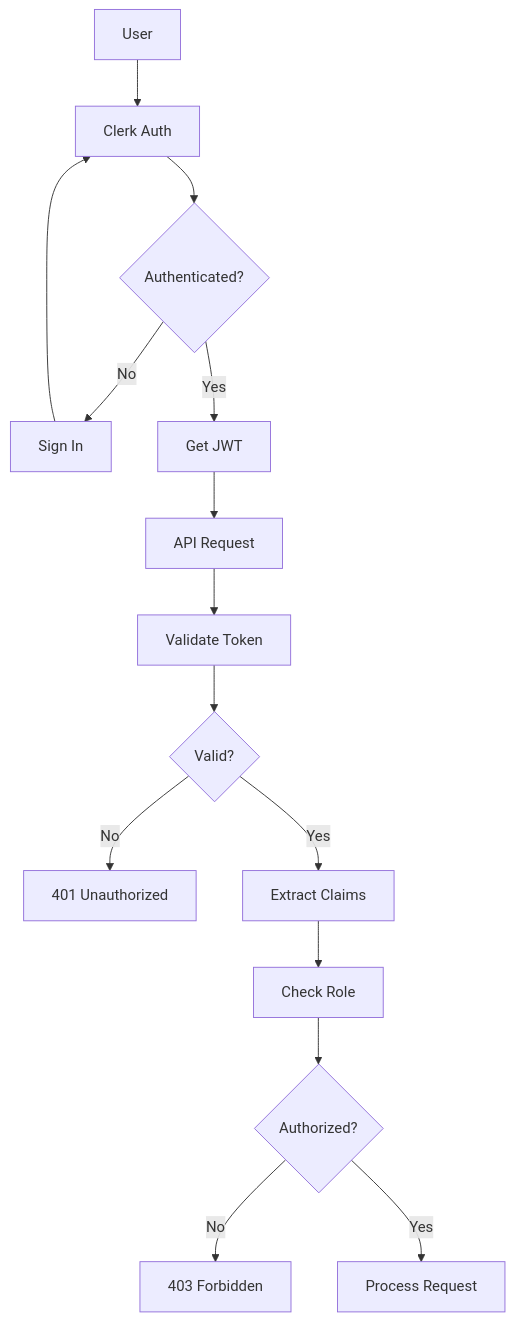
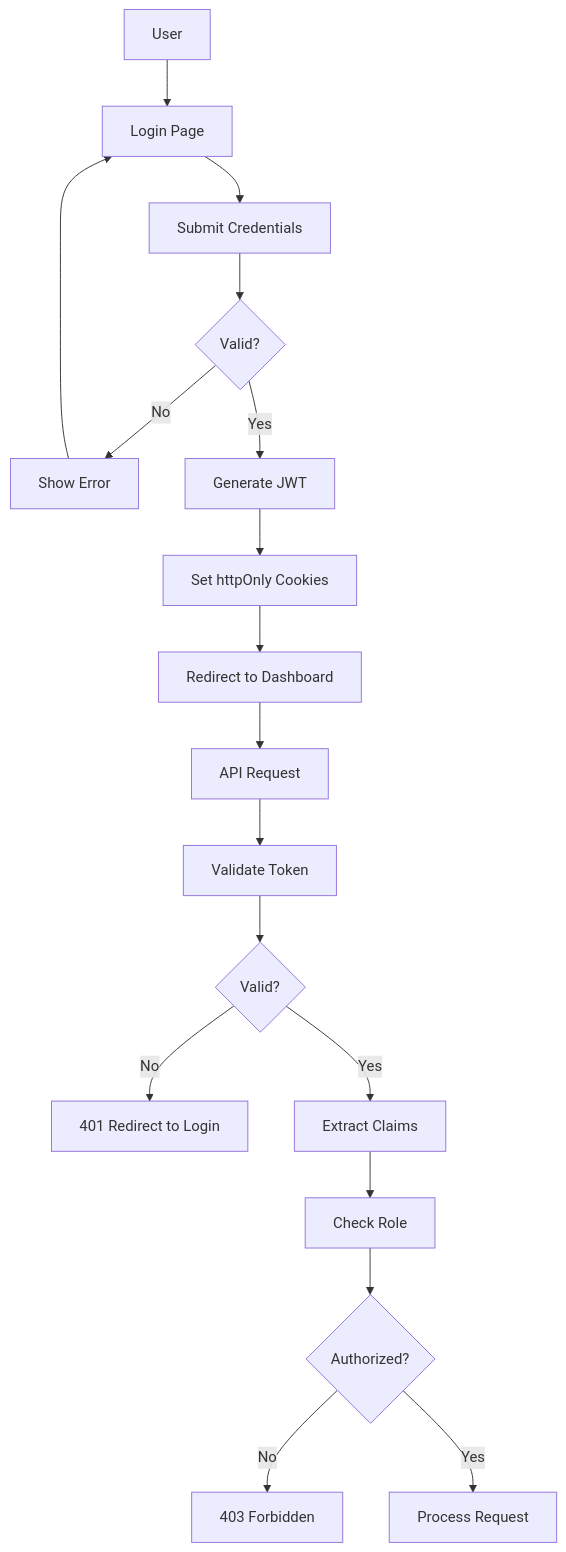
One commit to gsriramve/edunexus changed the sixth of 7 diagrams in docs/architecture/SYSTEM_ARCHITECTURE.md. Above: the diagram before and after it, drawn with Mermaid. The commit also changed other lines of this file and 1 other file, not shown here.

First line of the commit message:
docs: Update architecture and session docs for JWT migration

````diff
--- a/docs/architecture/SYSTEM_ARCHITECTURE.md
+++ b/docs/architecture/SYSTEM_ARCHITECTURE.md
@@ -297,17 +381,20 @@
 ```mermaid
 flowchart TD
-    A[User] --> B[Clerk Auth]
-    B --> C{Authenticated?}
-    C -->|No| D[Sign In]
-    D --> B
-    C -->|Yes| E[Get JWT]
-    E --> F[API Request]
-    F --> G[Validate Token]
-    G --> H{Valid?}
-    H -->|No| I[401 Unauthorized]
-    H -->|Yes| J[Extract Claims]
-    J --> K[Check Role]
-    K --> L{Authorized?}
-    L -->|No| M[403 Forbidden]
-    L -->|Yes| N[Process Request]
+    A[User] --> B[Login Page]
+    B --> C[Submit Credentials]
+    C --> D{Valid?}
+    D -->|No| E[Show Error]
+    E --> B
+    D -->|Yes| F[Generate JWT]
+    F --> G[Set httpOnly Cookies]
+    G --> H[Redirect to Dashboard]
+    H --> I[API Request]
+    I --> J[Validate Token]
+    J --> K{Valid?}
+    K -->|No| L[401 Redirect to Login]
+    K -->|Yes| M[Extract Claims]
+    M --> N[Check Role]
+    N --> O{Authorized?}
+    O -->|No| P[403 Forbidden]
+    O -->|Yes| Q[Process Request]
 ```
````
